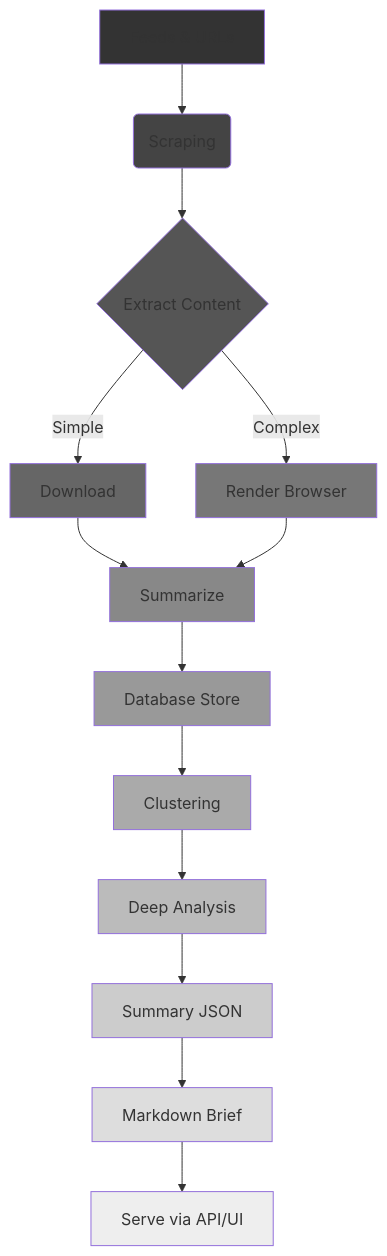
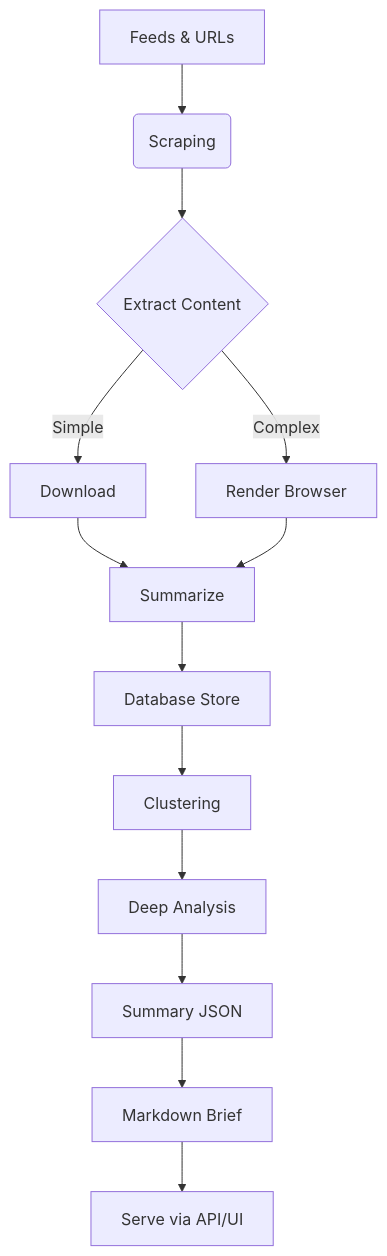
One commit to Mindrocket42/CluelessCodersToolBox changed the first of 2 diagrams in README-best-practice-guidlines/Guidelines - README file format.md. Above: the diagram before and after it, drawn with Mermaid. The commit also changed other lines of this file and 3 other files, not shown here.

First line of the commit message:
fix mermaid contrast

````diff
--- a/README-best-practice-guidlines/Guidelines - README file format.md
+++ b/README-best-practice-guidlines/Guidelines - README file format.md
@@ -285,27 +312,15 @@
 ```mermaid
 graph TD
     A[Feeds & URLs] --> B(Scraping);
     B --> C{Extract Content};
     C -->|Simple| D[Download];
     C -->|Complex| E[Render Browser];
     D --> F[Summarize];
     E --> F;
     F --> G[Database Store];
     G --> H[Clustering];
     H --> I[Deep Analysis];
     I --> J[Summary JSON];
     J --> K[Markdown Brief];
     K --> L[Serve via API/UI];
-    style A fill:#333
-    style B fill:#444
-    style C fill:#555
-    style D fill:#666
-    style E fill:#777
-    style F fill:#888
-    style G fill:#999
-    style H fill:#aaa
-    style I fill:#bbb
-    style J fill:#ccc
-    style K fill:#ddd
-    style L fill:#eee
 ```
````
